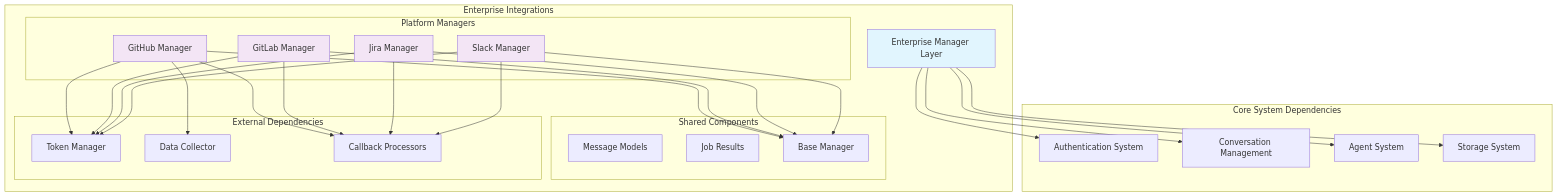
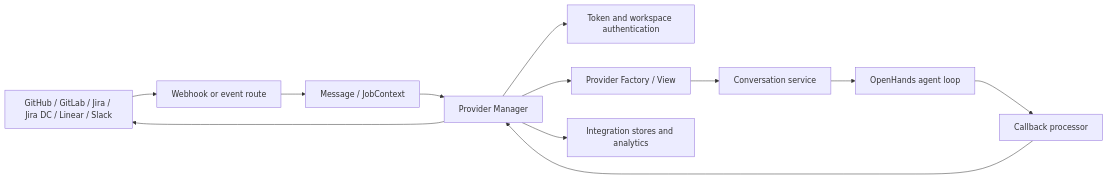
Before and after one commit to FSoft-AI4Code/codewiki-demo: the first of 3 diagrams in docs/All-Hands-AI--OpenHands-docs/enterprise_integrations.md, drawn with Mermaid. The commit also changed other lines of this file and 1767 other files, not shown here.

````diff
--- a/docs/All-Hands-AI--OpenHands-docs/enterprise_integrations.md
+++ b/docs/All-Hands-AI--OpenHands-docs/enterprise_integrations.md
@@ -11,59 +7,14 @@
 ```mermaid
-graph TB
-    subgraph "Enterprise Integrations"
-        EM[Enterprise Manager Layer]
-        
-        subgraph "Platform Managers"
-            GM[GitHub Manager]
-            GLM[GitLab Manager]
-            JM[Jira Manager]
-            SM[Slack Manager]
-        end
-        
-        subgraph "Shared Components"
-            MSG[Message Models]
-            JR[Job Results]
-            BASE[Base Manager]
-        end
-        
-        subgraph "External Dependencies"
-            TM[Token Manager]
-            DC[Data Collector]
-            CB[Callback Processors]
-        end
-    end
-    
-    subgraph "Core System Dependencies"
-        AUTH[Authentication System]
-        CONV[Conversation Management]
-        AGENT[Agent System]
-        STORAGE[Storage System]
-    end
-    
-    GM --> BASE
-    GLM --> BASE
-    JM --> BASE
-    SM --> BASE
-    
-    GM --> TM
-    GLM --> TM
-    JM --> TM
-    SM --> TM
-    
-    GM --> DC
-    GM --> CB
-    GLM --> CB
-    JM --> CB
-    SM --> CB
-    
-    EM --> AUTH
-    EM --> CONV
-    EM --> AGENT
-    EM --> STORAGE
-    
-    style EM fill:#e1f5fe
-    style GM fill:#f3e5f5
-    style GLM fill:#f3e5f5
-    style JM fill:#f3e5f5
-    style SM fill:#f3e5f5
+flowchart LR
+    EXT[GitHub / GitLab / Jira / Jira DC / Linear / Slack] --> WH[Webhook or event route]
+    WH --> MSG[Message / JobContext]
+    MSG --> M[Provider Manager]
+    M --> AUTH[Token and workspace authentication]
+    M --> F[Provider Factory / View]
+    F --> CONV[Conversation service]
+    CONV --> AGENT[OpenHands agent loop]
+    AGENT --> CB[Callback processor]
+    CB --> M
+    M --> EXT
+    M --> DATA[Integration stores and analytics]
 ```
````
